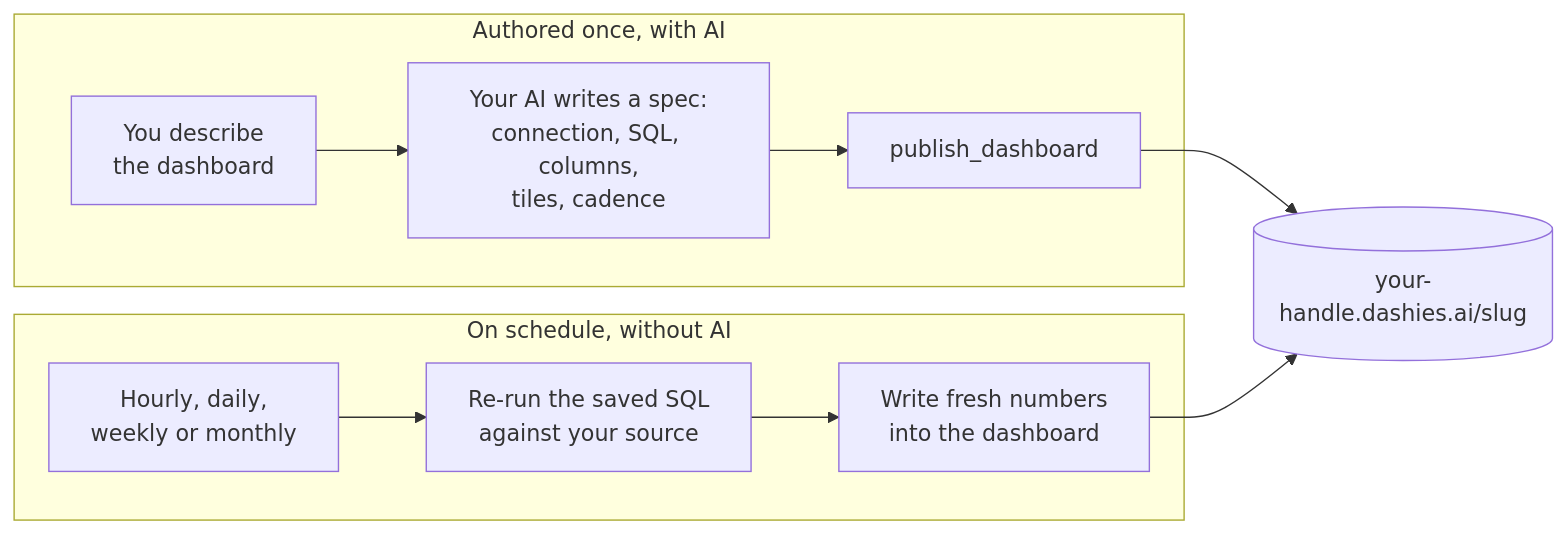
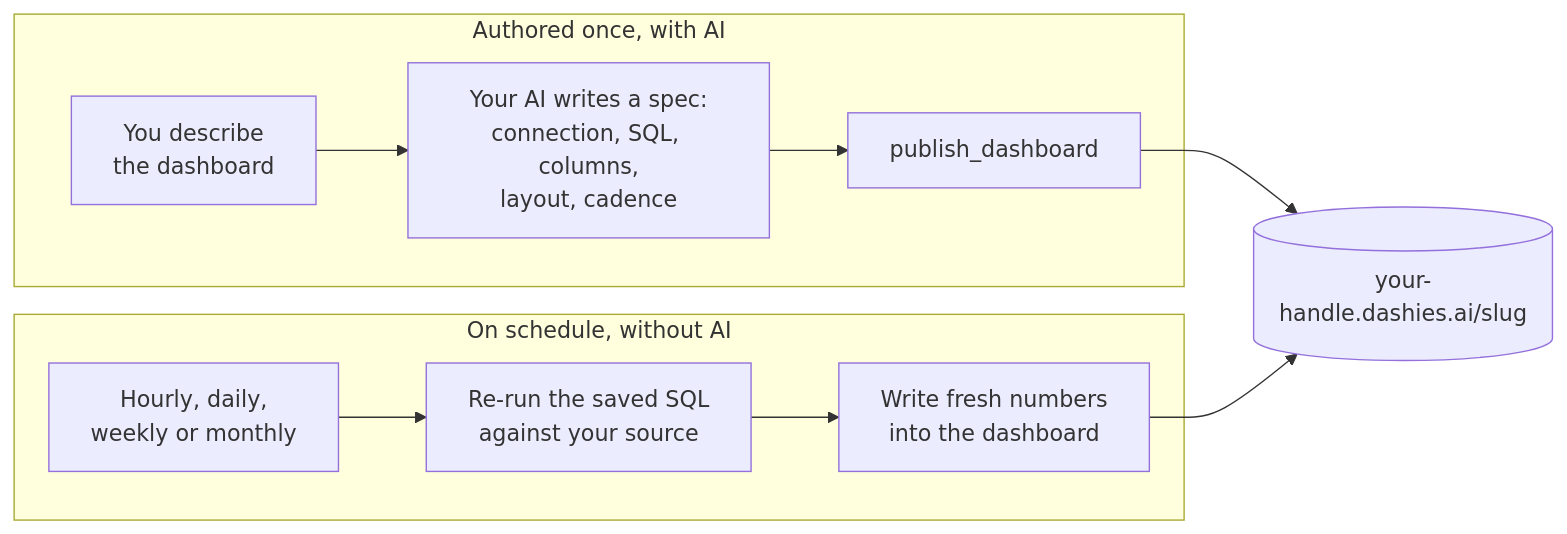
Before and after one commit to Dashies-ai/dashies-plugin: the diagram in README.md, drawn with Mermaid. The commit also changed 8 other files, not shown here.

````diff
--- a/README.md
+++ b/README.md
@@ -104,13 +104,13 @@
 ```mermaid
 flowchart LR
   subgraph once["Authored once, with AI"]
-    A["You describe<br/>the dashboard"] --> B["Your AI writes a spec:<br/>connection, SQL, columns,<br/>tiles, cadence"]
+    A["You describe<br/>the dashboard"] --> B["Your AI writes a spec:<br/>connection, SQL, columns,<br/>layout, cadence"]
     B --> C["publish_dashboard"]
   end
   C --> D[("your-handle.dashies.ai/slug")]
   subgraph loop["On schedule, without AI"]
     E["Hourly, daily,<br/>weekly or monthly"] --> F["Re-run the saved SQL<br/>against your source"]
     F --> G["Write fresh numbers<br/>into the dashboard"]
   end
   G --> D
 ```
````
